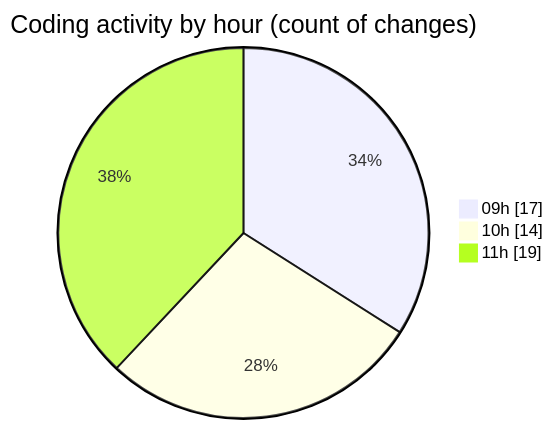
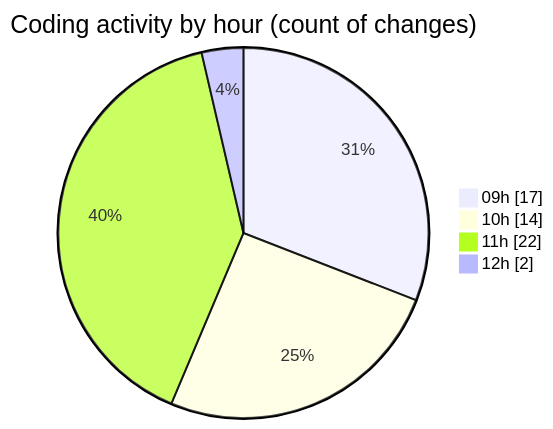
One commit to momahboobian/code-tracking changed the second of 2 diagrams in 2026-04-28/cda/README.md. Above: the diagram before and after it, drawn with Mermaid. The commit also changed other lines of this file and 1 other file, not shown here.

````diff
--- a/2026-04-28/cda/README.md
+++ b/2026-04-28/cda/README.md
@@ -46,7 +47,8 @@
 ```mermaid
 pie showData
 title Coding activity by hour (count of changes)
 "09h" : 17
 "10h" : 14
-"11h" : 19
+"11h" : 22
+"12h" : 2
 ```
````
